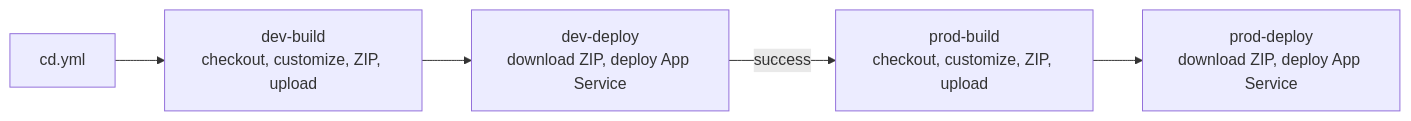
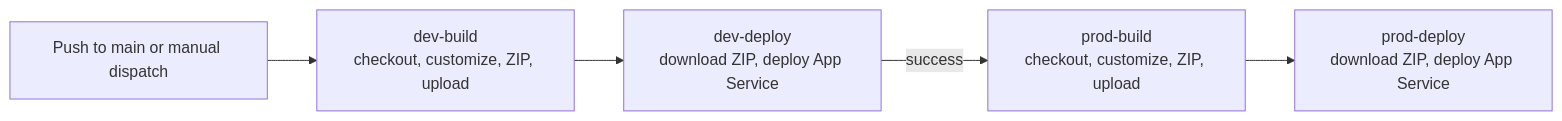
Before and after one commit to afira312/dtap-automation: the third of 3 diagrams in README.md, drawn with Mermaid. The commit also changed other lines of this file and 1 other file, not shown here.

````diff
--- a/README.md
+++ b/README.md
@@ -91,7 +148,8 @@
 ```mermaid
 flowchart LR
-    CD["cd.yml"] --> DB["dev-build<br/>checkout, customize, ZIP, upload"]
+    START[Push to main or manual dispatch]
+    START --> DB["dev-build<br/>checkout, customize, ZIP, upload"]
     DB --> DD["dev-deploy<br/>download ZIP, deploy App Service"]
     DD -->|success| PB["prod-build<br/>checkout, customize, ZIP, upload"]
     PB --> PD["prod-deploy<br/>download ZIP, deploy App Service"]
 ```
````
